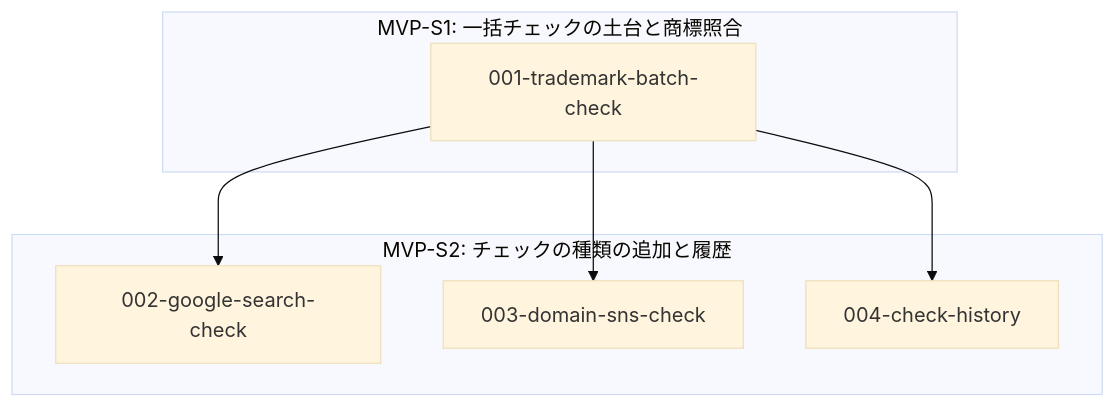
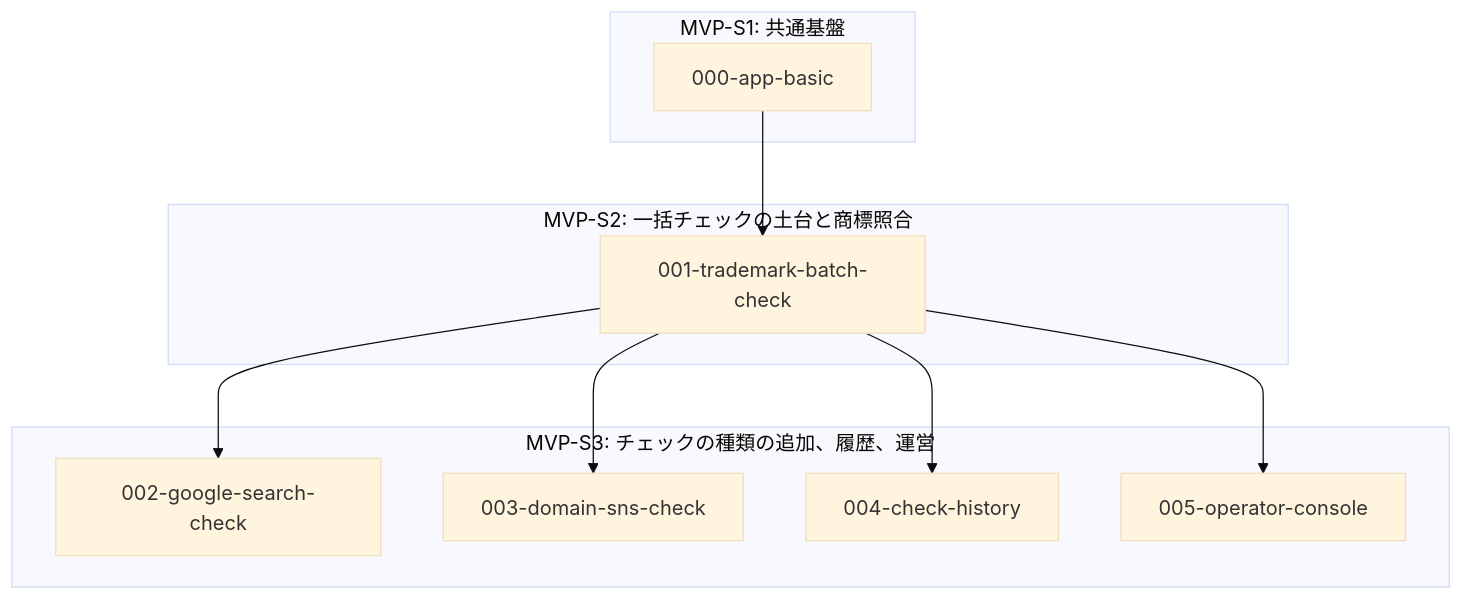
One commit to sfukuda84/checkmark changed the diagram in docs/feature/spec_order.md. Above: the diagram before and after it, drawn with Mermaid (base theme). The commit also changed other lines of this file and 9 other files, not shown here.

````diff
--- a/docs/feature/spec_order.md
+++ b/docs/feature/spec_order.md
@@ -25,14 +26,20 @@
 ```mermaid
 flowchart TD
-    subgraph M1["MVP-S1: 一括チェックの土台と商標照合"]
+    subgraph M1["MVP-S1: 共通基盤"]
+        Z["000-app-basic"]
+    end
+    subgraph M2["MVP-S2: 一括チェックの土台と商標照合"]
         A["001-trademark-batch-check"]
     end
-    subgraph M2["MVP-S2: チェックの種類の追加と履歴"]
+    subgraph M3["MVP-S3: チェックの種類の追加、履歴、運営"]
         B["002-google-search-check"]
         C["003-domain-sns-check"]
         D["004-check-history"]
+        E["005-operator-console"]
     end
+    Z --> A
     A --> B
     A --> C
     A --> D
+    A --> E
 ```
````
